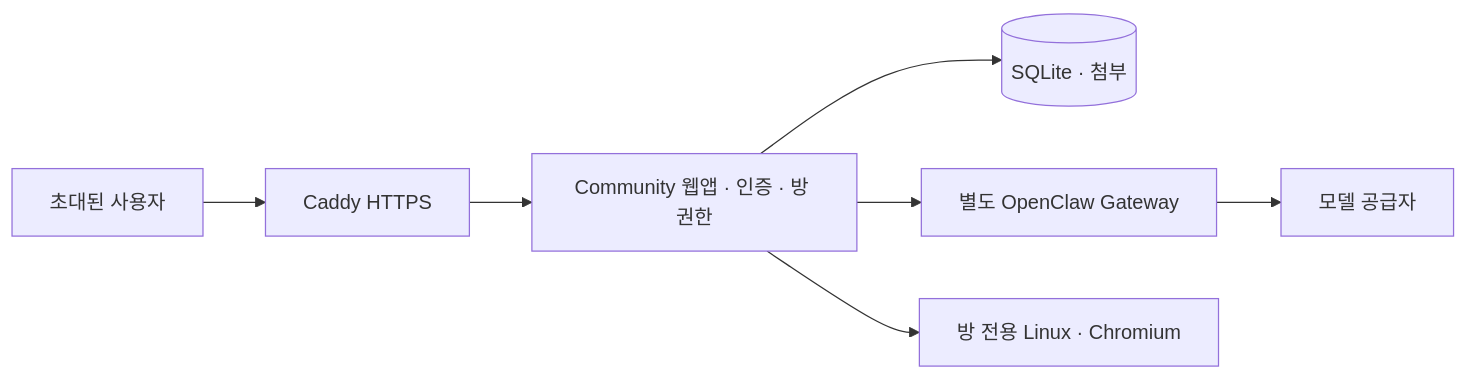
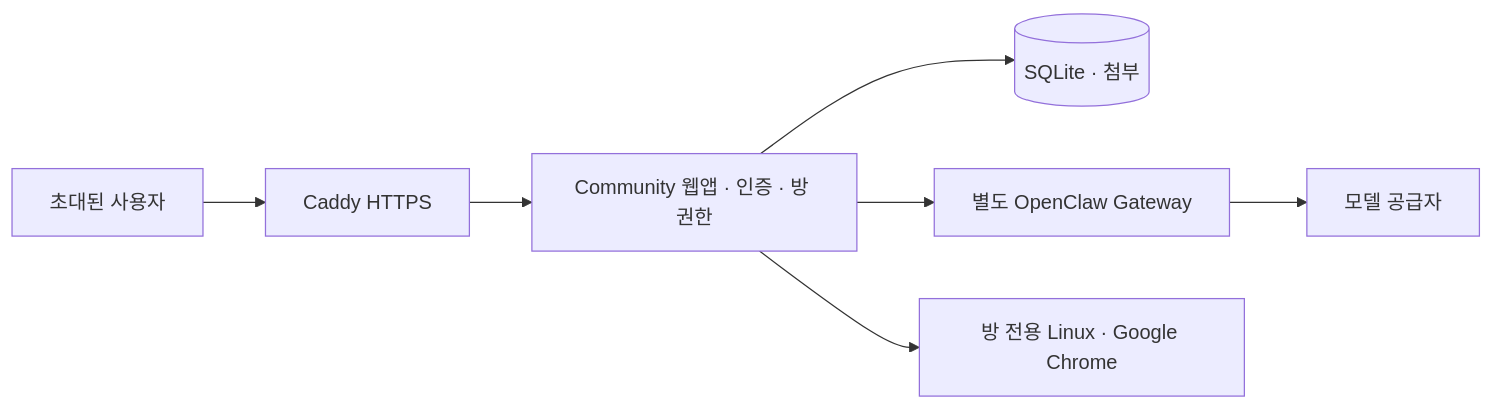
Before and after one commit to minwoo19930301/OpenClawBot: the first of 2 diagrams in README.md, drawn with Mermaid. The commit also changed other lines of this file and 12 other files, not shown here.

Commit message:
feat: name app OpenClawBot and use Google Chrome

````diff
--- a/README.md
+++ b/README.md
@@ -12,9 +12,9 @@
 ```mermaid
 flowchart LR
     User[초대된 사용자] --> HTTPS[Caddy HTTPS]
     HTTPS --> App[Community 웹앱 · 인증 · 방 권한]
     App --> DB[(SQLite · 첨부)]
     App --> Gateway[별도 OpenClaw Gateway]
     Gateway --> Model[모델 공급자]
-    App --> Desktop[방 전용 Linux · Chromium]
+    App --> Desktop[방 전용 Linux · Google Chrome]
 ```
````
